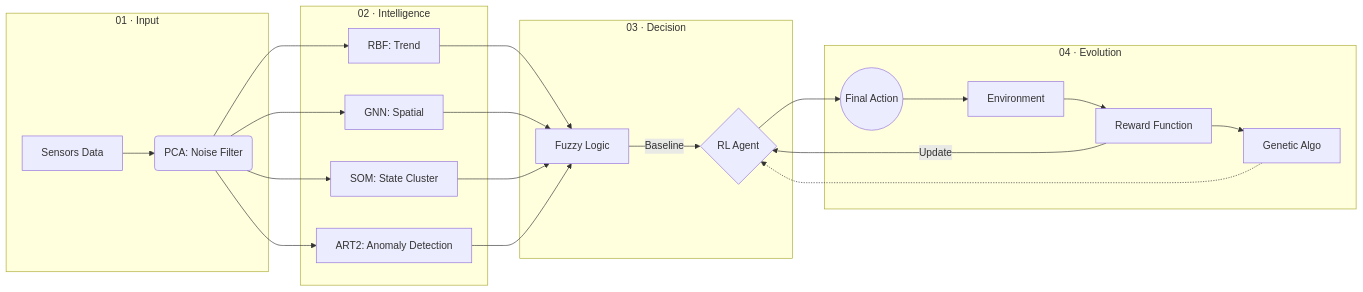
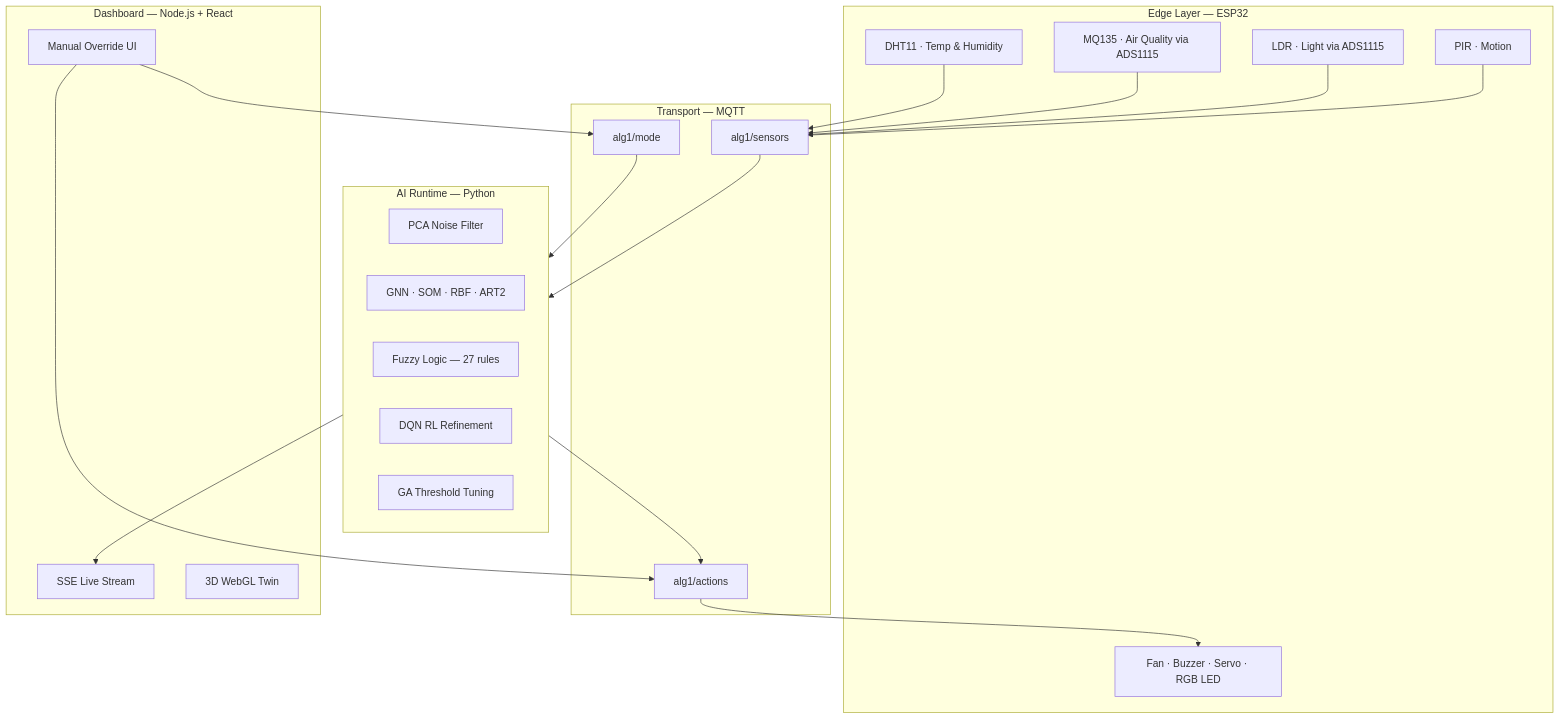
The first of 3 diagrams in README.md (adelbadran/Adaptive_Lab_Guardian), drawn with Mermaid before and after one commit. The commit also changed other lines of this file and 3 other files, not shown here.

````diff
--- a/README.md
+++ b/README.md
@@ -102,27 +89,39 @@
 ```mermaid
-graph LR
-    subgraph Input_Layer ["01 · Input"]
-        A[Sensors Data] --> B(PCA: Noise Filter)
+flowchart TB
+    subgraph Edge ["Edge Layer — ESP32"]
+        S1[DHT11 · Temp & Humidity]
+        S2[MQ135 · Air Quality via ADS1115]
+        S3[LDR · Light via ADS1115]
+        S4[PIR · Motion]
+        A1[Fan · Buzzer · Servo · RGB LED]
     end
 
-    subgraph Analysis_Layer ["02 · Intelligence"]
-        B --> C1[RBF: Trend]
-        B --> C2[GNN: Spatial]
-        B --> C3[SOM: State Cluster]
-        B --> C4["ART2: Anomaly Detection"]
+    subgraph Transport ["Transport — MQTT"]
+        T1[alg1/sensors]
+        T2[alg1/actions]
+        T3[alg1/mode]
     end
 
-    subgraph Control_Layer ["03 · Decision"]
-        C1 & C2 & C3 & C4 --> D[Fuzzy Logic]
-        D -- "Baseline" --> E{RL Agent}
+    subgraph AI ["AI Runtime — Python"]
+        P1[PCA Noise Filter]
+        P2[GNN · SOM · RBF · ART2]
+        P3[Fuzzy Logic — 27 rules]
+        P4[DQN RL Refinement]
+        P5[GA Threshold Tuning]
     end
 
-    subgraph Learning_Layer ["04 · Evolution"]
-        E --> F((Final Action))
-        F --> G[Environment]
-        G --> H[Reward Function]
-        H -- "Update" --> E
-        H --> I[Genetic Algo]
-        I -.-> E
+    subgraph Web ["Dashboard — Node.js + React"]
+        D1[SSE Live Stream]
+        D2[3D WebGL Twin]
+        D3[Manual Override UI]
     end
+
+    S1 & S2 & S3 & S4 --> T1
+    T1 --> AI
+    AI --> T2
+    T2 --> A1
+    AI --> D1
+    D3 --> T2
+    D3 --> T3
+    T3 --> AI
 ```
````
